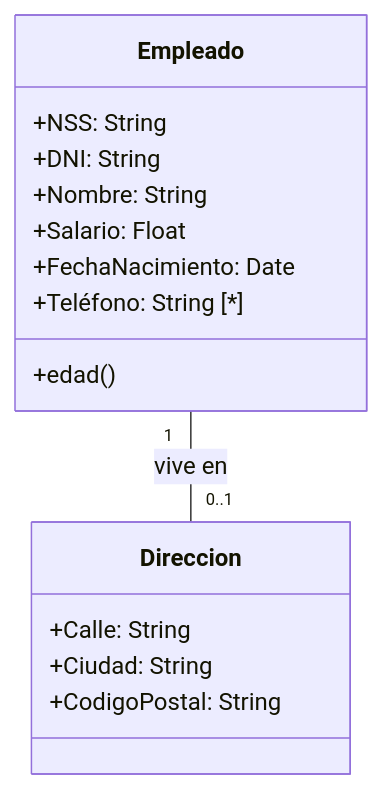
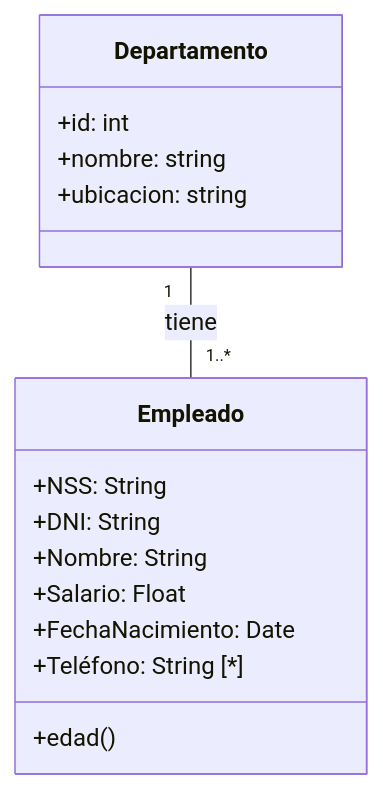
One commit to ivanaf03/Apuntes-Obsidian changed the second of 2 diagrams in Q6/BDA/Prácticas/Modelado de datos.md. Above: the diagram before and after it, drawn with Mermaid. The commit also changed other lines of this file, not shown here.

````diff
--- a/Q6/BDA/Prácticas/Modelado de datos.md
+++ b/Q6/BDA/Prácticas/Modelado de datos.md
@@ -18,21 +51,19 @@
 ```mermaid
 classDiagram
+    class Departamento {
+        +id: int
+        +nombre: string
+        +ubicacion: string
+    }
     class Empleado {
         +NSS: String
         +DNI: String
         +Nombre: String
         +Salario: Float
         +FechaNacimiento: Date
         +Teléfono: String [*]
         +edad()
     }
-
-    class Direccion {
-        +Calle: String
-        +Ciudad: String
-        +CodigoPostal: String
-    }
-
-    Empleado "1" -- "0..1" Direccion : vive en
+    Departamento "1" -- "1..*" Empleado : tiene
 
 ```
````
